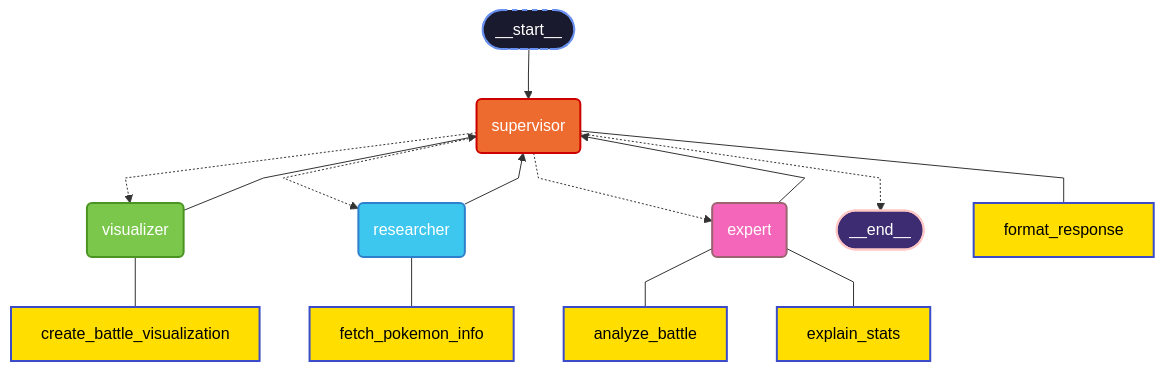
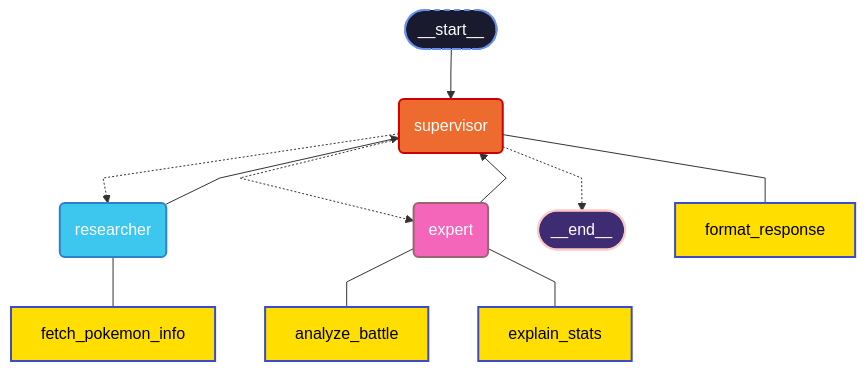
One commit to codewithpatelo/langpify-pokemon changed the diagram in README.md. Above: the diagram before and after it, drawn with Mermaid. The commit also changed other lines of this file and 20 other files, not shown here.

````diff
--- a/README.md
+++ b/README.md
@@ -362,48 +372,42 @@
 ```mermaid
 %%{init: {'flowchart': {'curve': 'linear'}}}%%
 graph TD
     __start__([__start__]):::first
     supervisor(supervisor):::trainer
     researcher(researcher):::professor
     expert(expert):::elite
-    visualizer(visualizer):::artist
     __end__([__end__]):::last
     
     %% Agent connections
     __start__ --> supervisor
     expert --> supervisor
     researcher --> supervisor
-    visualizer --> supervisor
     
-    supervisor -.-> visualizer
     supervisor -.-> researcher
     supervisor -.-> expert
     supervisor -.-> __end__
     
     %% Tool connections
     format_response[format_response]:::tool
     fetch_pokemon_info[fetch_pokemon_info]:::tool
     analyze_battle[analyze_battle]:::tool
     explain_stats[explain_stats]:::tool
-    create_battle_visualization[create_battle_visualization]:::tool
     
     supervisor --- format_response
     researcher --- fetch_pokemon_info
     expert --- analyze_battle
     expert --- explain_stats
-    visualizer --- create_battle_visualization
     
     %% Pokémon-themed styling
     classDef default color:#ffffff,stroke-width:2
     classDef first fill:#1a1a2e,stroke:#6890f0,stroke-width:2,stroke-dasharray:5 5,color:#ffffff
     classDef last fill:#3d2c71,stroke:#ffc7c5,stroke-width:2,color:#ffffff
     
     %% Agent-specific styling based on Pokémon types/roles
     classDef trainer fill:#ee6b2f,stroke:#cc0000,color:#ffffff %% Fire-type/Trainer colors
     classDef professor fill:#3dc7ef,stroke:#2e80cc,color:#ffffff %% Water-type/Professor colors
     classDef elite fill:#f366b9,stroke:#9b6470,color:#ffffff %% Psychic-type/Elite colors
-    classDef artist fill:#7AC74C,stroke:#4a9421,color:#ffffff %% Grass-type/Artist colors
     
     %% Tool styling
     classDef tool fill:#ffde00,stroke:#3b4cca,color:#000000,shape:hexagon
 ```
````
